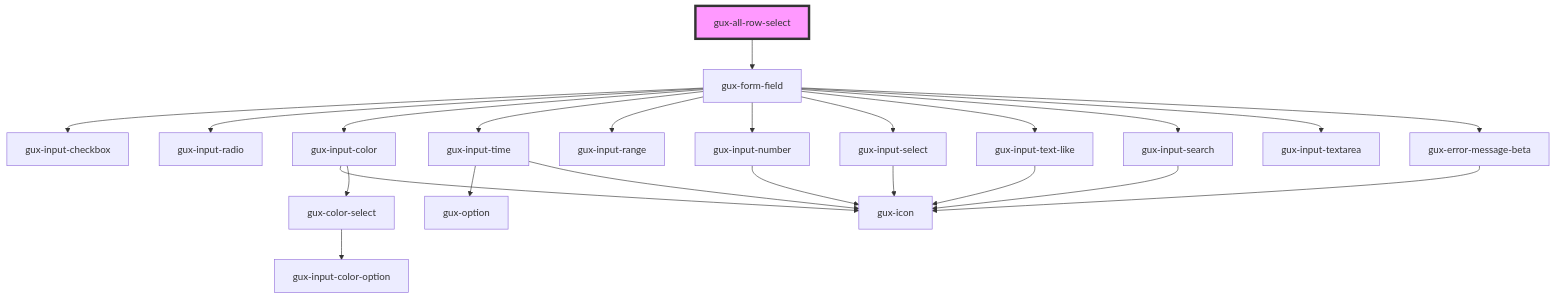
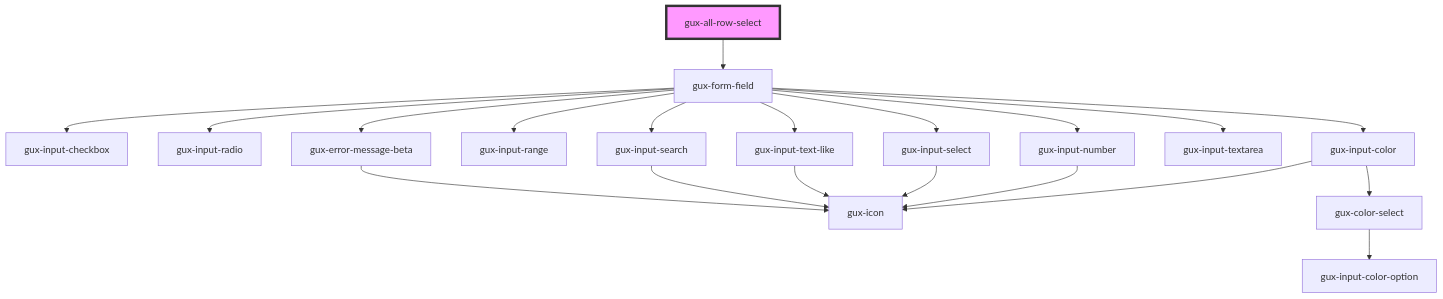
One commit to ouyuxuan/genesys-webcomponents changed the diagram in src/components/beta/gux-table/gux-all-row-select/readme.md. Above: the diagram before and after it, drawn with Mermaid. The commit also changed 10 other files, not shown here.

Commit message:
feat(gux-form-field-timepicker): 60 min interval and spacing variables

````diff
--- a/src/components/beta/gux-table/gux-all-row-select/readme.md
+++ b/src/components/beta/gux-table/gux-all-row-select/readme.md
@@ -42,26 +42,23 @@
 ```mermaid
 graph TD;
   gux-all-row-select --> gux-form-field
   gux-form-field --> gux-input-checkbox
   gux-form-field --> gux-input-radio
   gux-form-field --> gux-input-color
-  gux-form-field --> gux-input-time
   gux-form-field --> gux-input-range
   gux-form-field --> gux-input-number
   gux-form-field --> gux-input-select
   gux-form-field --> gux-input-text-like
   gux-form-field --> gux-input-search
   gux-form-field --> gux-input-textarea
   gux-form-field --> gux-error-message-beta
   gux-input-color --> gux-icon
   gux-input-color --> gux-color-select
   gux-color-select --> gux-input-color-option
-  gux-input-time --> gux-option
-  gux-input-time --> gux-icon
   gux-input-number --> gux-icon
   gux-input-select --> gux-icon
   gux-input-text-like --> gux-icon
   gux-input-search --> gux-icon
   gux-error-message-beta --> gux-icon
   style gux-all-row-select fill:#f9f,stroke:#333,stroke-width:4px
 ```
````
